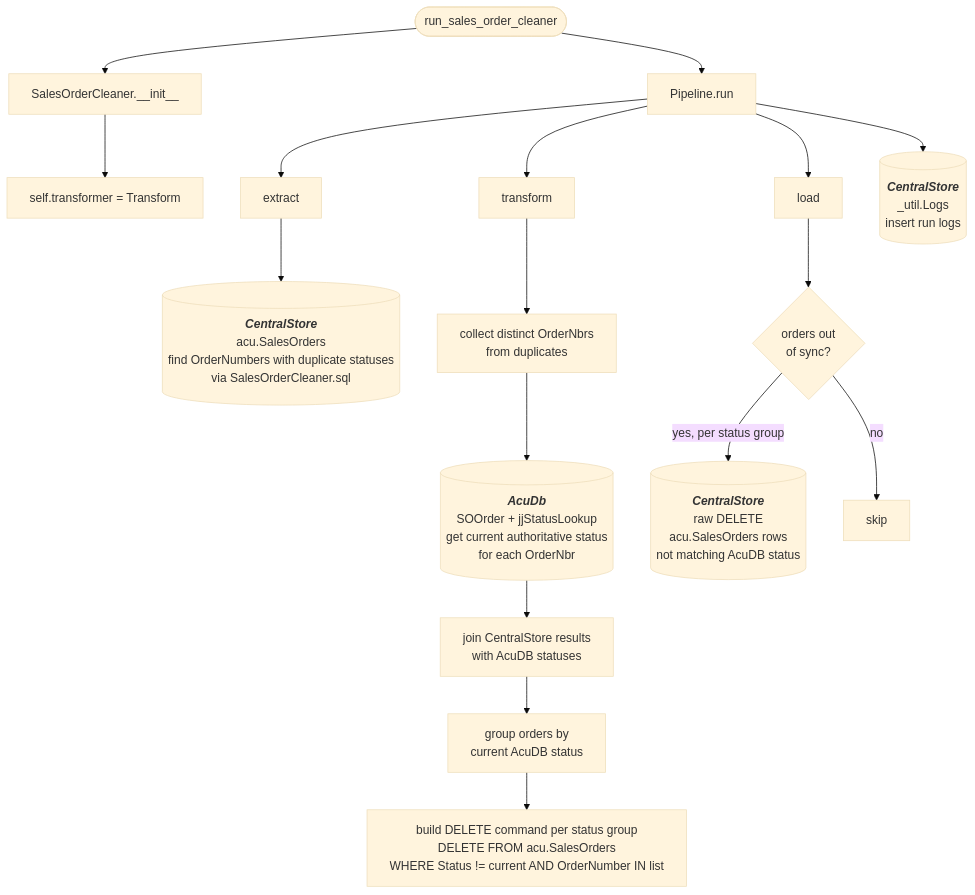
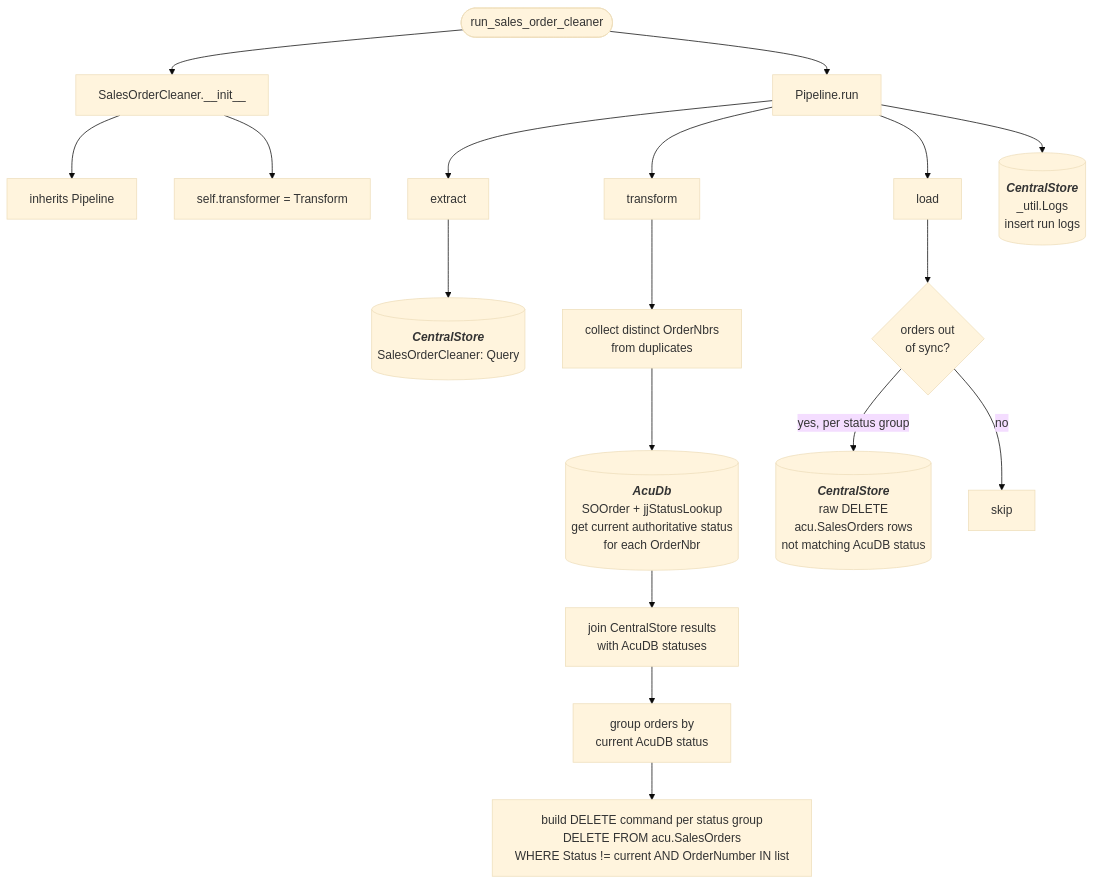
One commit to journeyhl/integration-platform changed the diagram in docs/pipelines/sales_order_cleaner.md. Above: the diagram before and after it, drawn with Mermaid (base theme). The commit also changed 42 other files, not shown here.

````diff
--- a/docs/pipelines/sales_order_cleaner.md
+++ b/docs/pipelines/sales_order_cleaner.md
@@ -1,36 +1,37 @@
 ```mermaid
 %%{init: {"flowchart": {"wrappingWidth": 400}}}%%
 flowchart TD
     A([run_sales_order_cleaner]) --> B[SalesOrderCleaner.__init__]
-    B --> B1[
+    B --> B1[inherits Pipeline]
+    B --> B2[
         self.transformer = Transform
     ]
     A --> RUN[Pipeline.run]
 
     RUN --> EX[extract]
     EX --> D1[(
         <b><i>CentralStore</i></b>
-        acu.SalesOrders<br/>find OrderNumbers with duplicate statuses<br/>via SalesOrderCleaner.sql
+        SalesOrderCleaner: Query
         )]
 
     RUN --> TR[transform]
     TR --> T1[collect distinct OrderNbrs<br/>from duplicates]
     T1 --> D2[(
         <b><i>AcuDb</i></b>
         SOOrder + jjStatusLookup<br/>get current authoritative status<br/>for each OrderNbr)]
     D2 --> T2[join CentralStore results<br/>with AcuDB statuses]
     T2 --> T3[group orders by<br/>current AcuDB status]
     T3 --> T4[build DELETE command per status group<br/>DELETE FROM acu.SalesOrders<br/>WHERE Status != current AND OrderNumber IN list]
 
     RUN --> LD[load]
     LD --> LD1{orders out<br/>of sync?}
     LD1 -->|yes, per status group| LD2[(
         <b><i>CentralStore</i></b>
         raw DELETE<br/>acu.SalesOrders rows<br/>not matching AcuDB status)]
     LD1 -->|no| SKIP[skip]
 
     RUN --> LOGS[(
         <b><i>CentralStore</i></b>
         _util.Logs<br/>insert run logs
     )]
 ```
````
